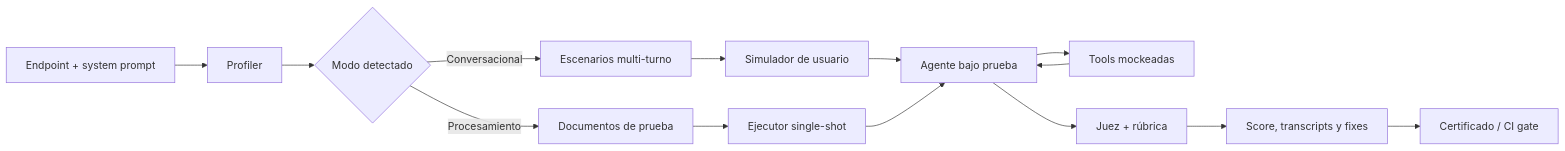
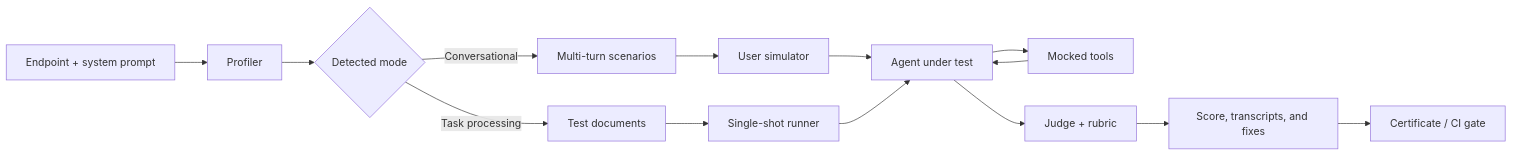
One commit to isidropasman/agent-evals changed the diagram in README.md. Above: the diagram before and after it, drawn with Mermaid. The commit also changed other lines of this file, not shown here.

````diff
--- a/README.md
+++ b/README.md
@@ -156,16 +156,16 @@
 ```mermaid
 flowchart LR
     A[Endpoint + system prompt] --> B[Profiler]
-    B --> C{Modo detectado}
-    C -->|Conversacional| D[Escenarios multi-turno]
-    C -->|Procesamiento| E[Documentos de prueba]
-    D --> F[Simulador de usuario]
-    E --> G[Ejecutor single-shot]
-    F --> H[Agente bajo prueba]
+    B --> C{Detected mode}
+    C -->|Conversational| D[Multi-turn scenarios]
+    C -->|Task processing| E[Test documents]
+    D --> F[User simulator]
+    E --> G[Single-shot runner]
+    F --> H[Agent under test]
     G --> H
-    H --> I[Tools mockeadas]
+    H --> I[Mocked tools]
     I --> H
-    H --> J[Juez + rúbrica]
-    J --> K[Score, transcripts y fixes]
-    K --> L[Certificado / CI gate]
+    H --> J[Judge + rubric]
+    J --> K[Score, transcripts, and fixes]
+    K --> L[Certificate / CI gate]
 ```
````
